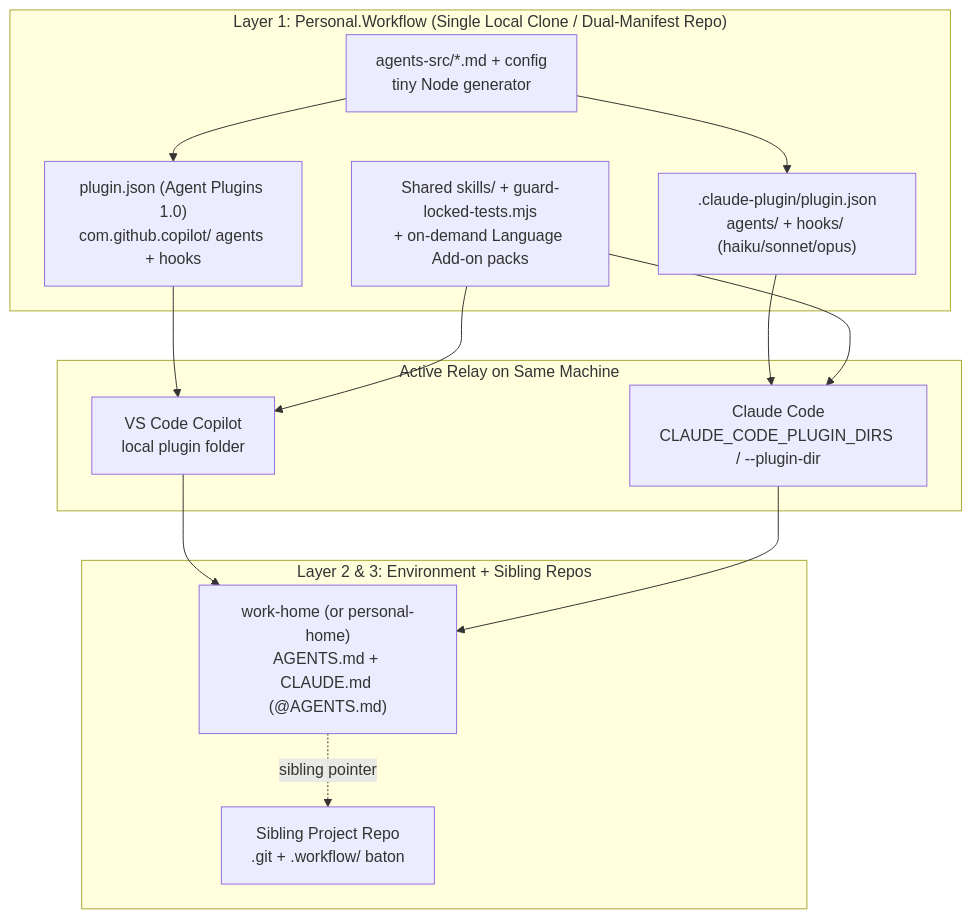
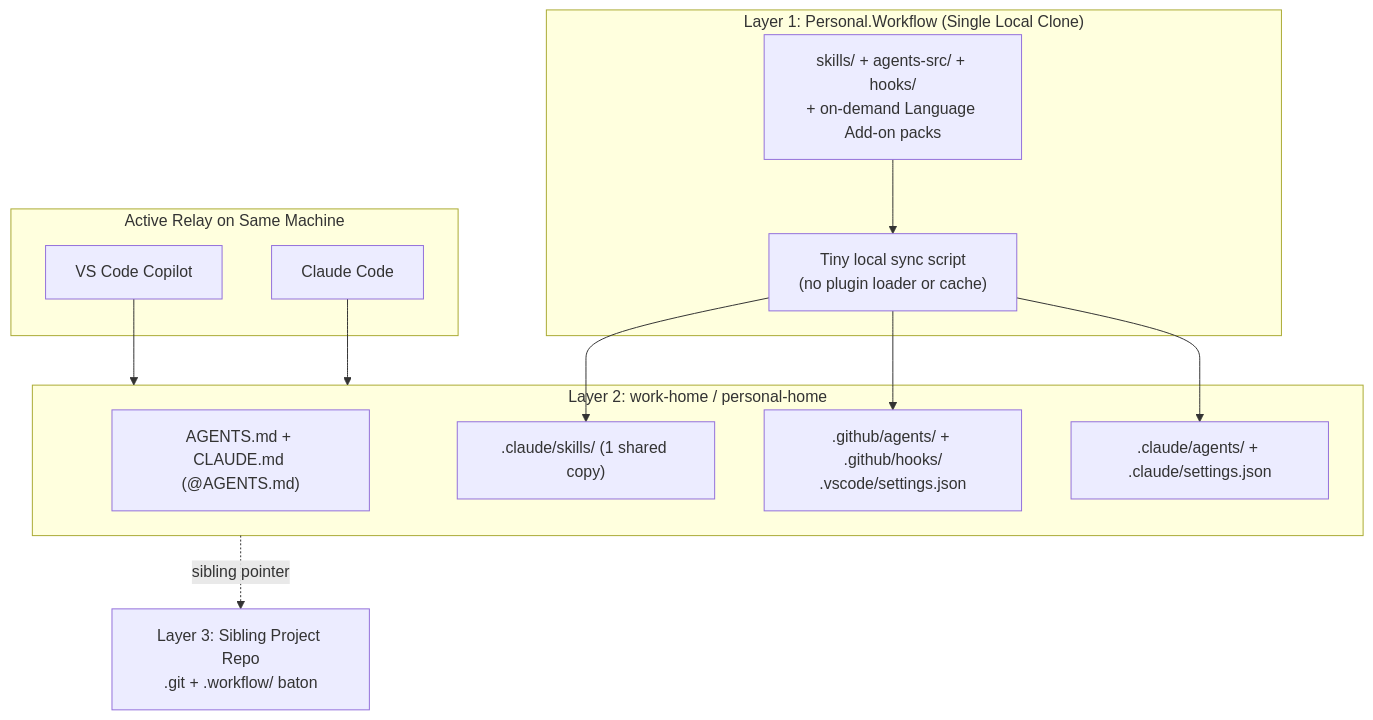
One commit to smikelson75/Personal.Workflow changed the first of 2 diagrams in .workflow/incubations/home-repo-workflow.md. Above: the diagram before and after it, drawn with Mermaid. The commit also changed other lines of this file, not shown here.

Commit message:
docs(workflow): incubate home-repo-workflow

````diff
--- a/.workflow/incubations/home-repo-workflow.md
+++ b/.workflow/incubations/home-repo-workflow.md
@@ -25,29 +28,29 @@
 ```mermaid
 flowchart TB
-    subgraph Engine["Layer 1: Personal.Workflow (Single Local Clone / Dual-Manifest Repo)"]
-        Src["agents-src/*.md + config<br/>tiny Node generator"]
-        Shared["Shared skills/ + guard-locked-tests.mjs<br/>+ on-demand Language Add-on packs"]
-        CopilotPkg["plugin.json (Agent Plugins 1.0)<br/>com.github.copilot/ agents + hooks"]
-        ClaudePkg[".claude-plugin/plugin.json<br/>agents/ + hooks/ (haiku/sonnet/opus)"]
-        Src --> CopilotPkg
-        Src --> ClaudePkg
+    subgraph Engine["Layer 1: Personal.Workflow (Single Local Clone)"]
+        Src["skills/ + agents-src/ + hooks/<br/>+ on-demand Language Add-on packs"]
+        Sync["Tiny local sync script<br/>(no plugin loader or cache)"]
+        Src --> Sync
+    end
+
+    subgraph Home["Layer 2: work-home / personal-home"]
+        Docs["AGENTS.md + CLAUDE.md (@AGENTS.md)"]
+        SharedSkills[".claude/skills/ (1 shared copy)"]
+        CopilotFiles[".github/agents/ + .github/hooks/<br/>.vscode/settings.json"]
+        ClaudeFiles[".claude/agents/ + .claude/settings.json"]
     end
 
     subgraph Harnesses["Active Relay on Same Machine"]
-        VSC["VS Code Copilot<br/>local plugin folder"]
-        CC["Claude Code<br/>CLAUDE_CODE_PLUGIN_DIRS / --plugin-dir"]
+        VSC["VS Code Copilot"]
+        CC["Claude Code"]
     end
 
-    subgraph Work["Layer 2 & 3: Environment + Sibling Repos"]
-        Home["work-home (or personal-home)<br/>AGENTS.md + CLAUDE.md (@AGENTS.md)"]
-        Repo["Sibling Project Repo<br/>.git + .workflow/ baton"]
-    end
+    Repo["Layer 3: Sibling Project Repo<br/>.git + .workflow/ baton"]
 
-    CopilotPkg --> VSC
-    ClaudePkg --> CC
-    Shared --> VSC
-    Shared --> CC
+    Sync --> SharedSkills
+    Sync --> CopilotFiles
+    Sync --> ClaudeFiles
     VSC --> Home
     CC --> Home
     Home -. "sibling pointer" .-> Repo
 ```
````
